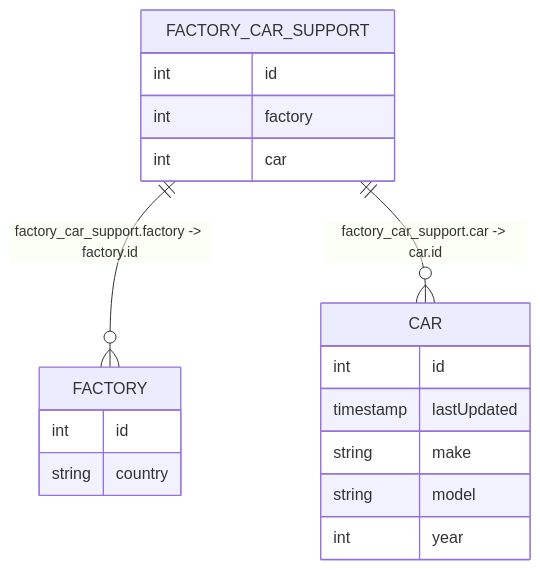
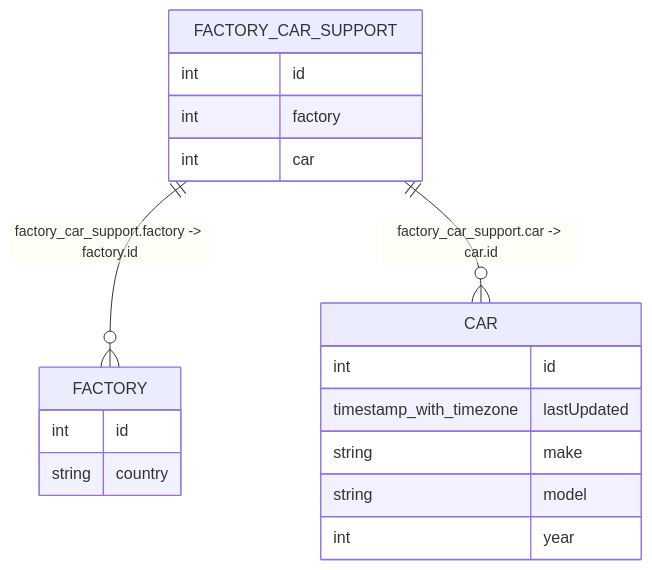
One commit to terrastruct/text-to-diagram-site changed the diagram in src/examples/6_tables/syntax/mermaid.mmd. Above: the diagram before and after it, drawn with Mermaid. The commit also changed 1 other file, not shown here.

```diff
--- a/src/examples/6_tables/syntax/mermaid.mmd
+++ b/src/examples/6_tables/syntax/mermaid.mmd
@@ -1,24 +1,24 @@
 erDiagram
-  %% Should be "timestamp with time zone", but Mermaid does not allow multi-word types
   CAR {
     int id
-    timestamp lastUpdated
+    %% Should be "timestamp with time zone", but Mermaid does not allow multi-word types
+    timestamp_with_timezone lastUpdated
 
     string make
     string model
     int year
   }
 
   FACTORY {
     int id
     string country
   }
 
   FACTORY_CAR_SUPPORT {
     int id
     int factory
     int car
   }
 
   FACTORY_CAR_SUPPORT ||--o{ FACTORY: "factory_car_support.factory -> factory.id"
   FACTORY_CAR_SUPPORT ||--o{ CAR: "factory_car_support.car -> car.id"
```
